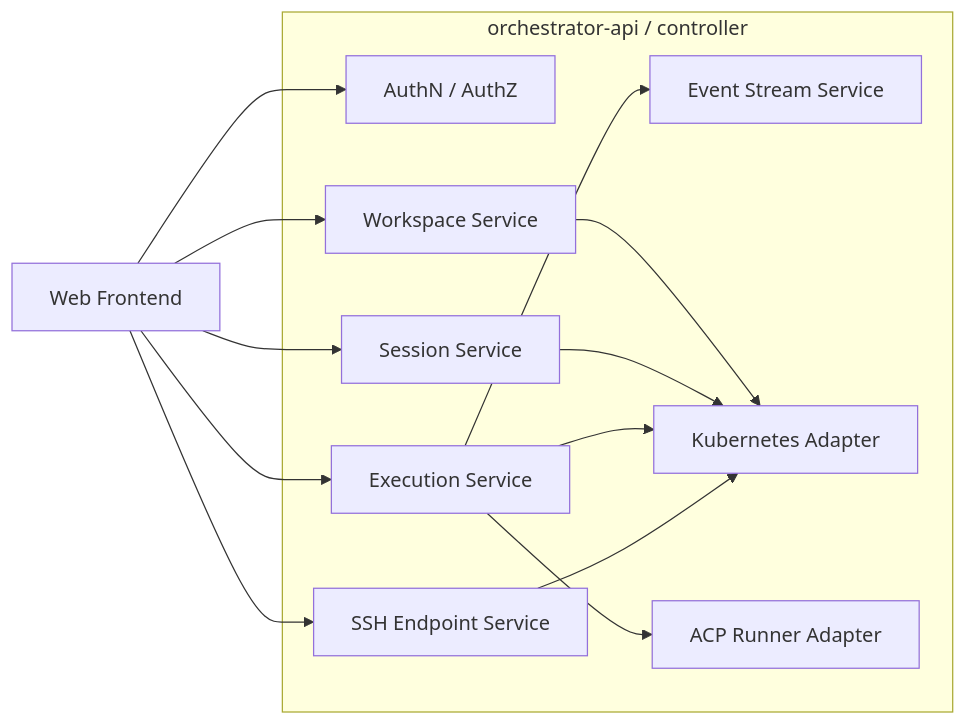
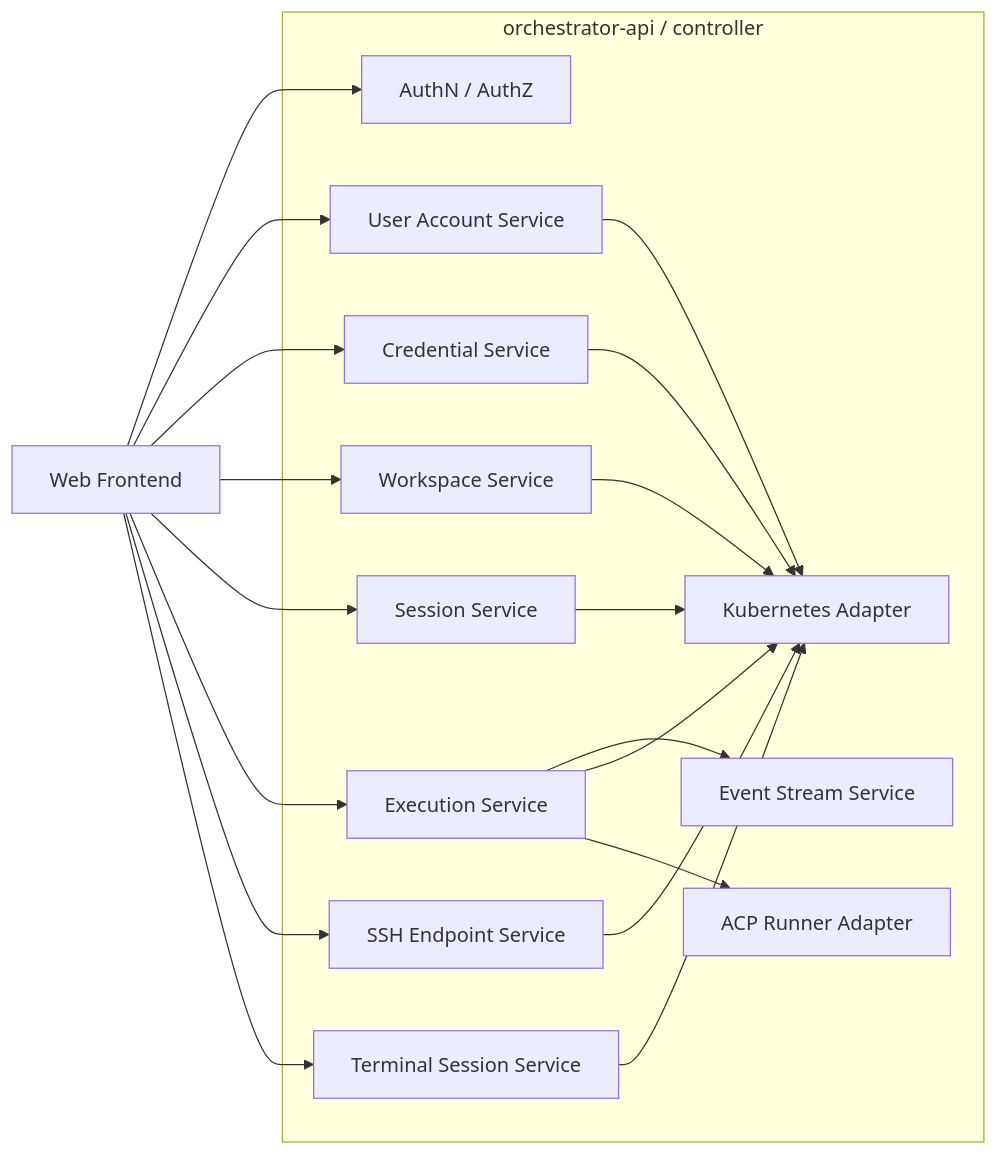
The third of 8 diagrams in docs/reference/orchestrator-basic-design.md (chalharu/copilot-sandbox-container), drawn with Mermaid before and after one commit. The commit also changed other lines of this file and 2 other files, not shown here.

````diff
--- a/docs/reference/orchestrator-basic-design.md
+++ b/docs/reference/orchestrator-basic-design.md
@@ -122,25 +135,34 @@
 ```mermaid
 flowchart LR
   subgraph api["orchestrator-api / controller"]
     auth["AuthN / AuthZ"]
+    account["User Account Service"]
+    credential["Credential Service"]
     workspace["Workspace Service"]
     session["Session Service"]
     execution["Execution Service"]
     ssh["SSH Endpoint Service"]
+    terminal["Terminal Session Service"]
     events["Event Stream Service"]
     kube["Kubernetes Adapter"]
     acp["ACP Runner Adapter"]
   end
 
   web["Web Frontend"] --> auth
+  web --> account
+  web --> credential
   web --> workspace
   web --> session
   web --> execution
   web --> ssh
+  web --> terminal
   execution --> events
+  account --> kube
+  credential --> kube
   workspace --> kube
   session --> kube
   execution --> kube
   ssh --> kube
+  terminal --> kube
   execution --> acp
 ```
````
